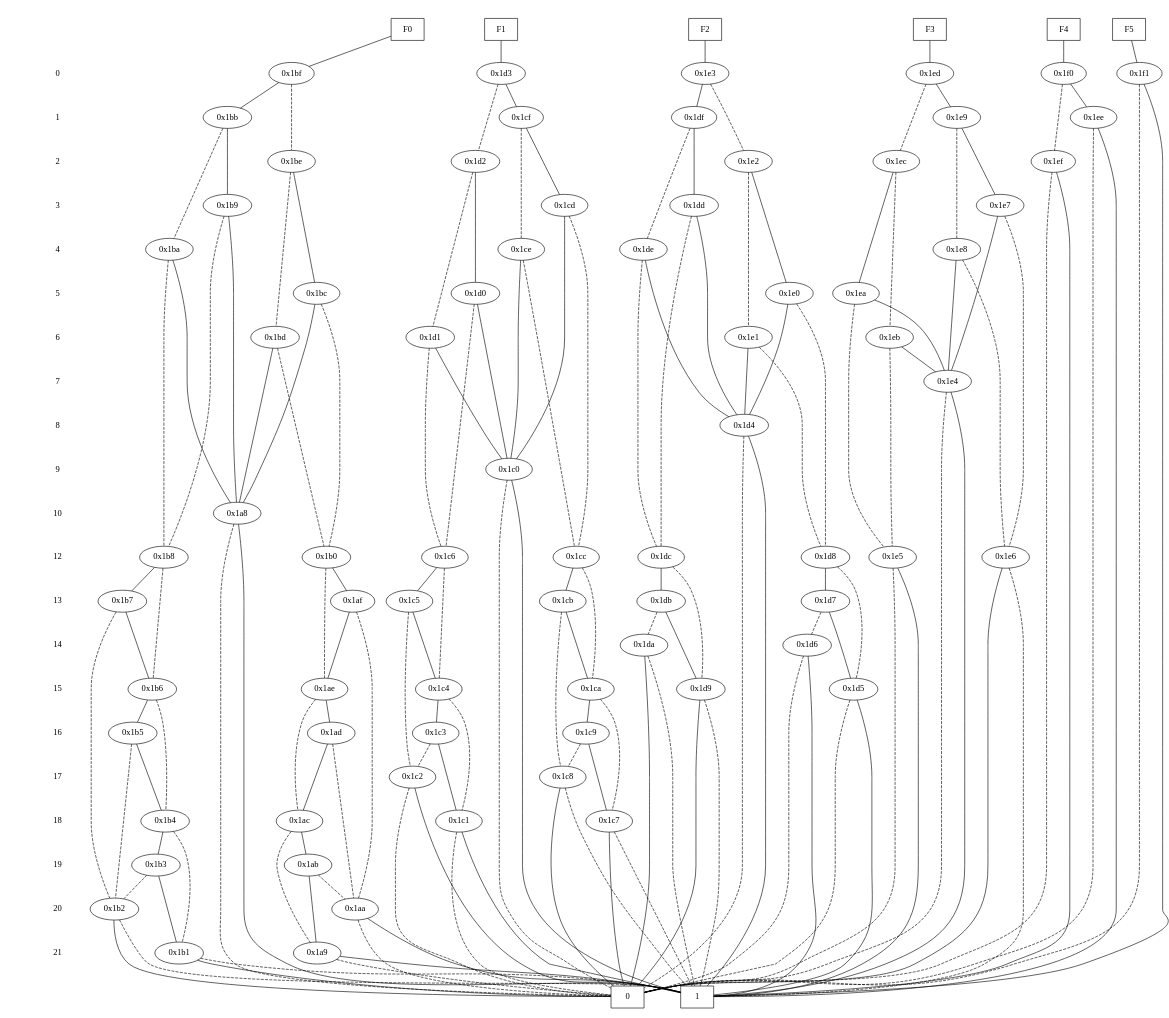
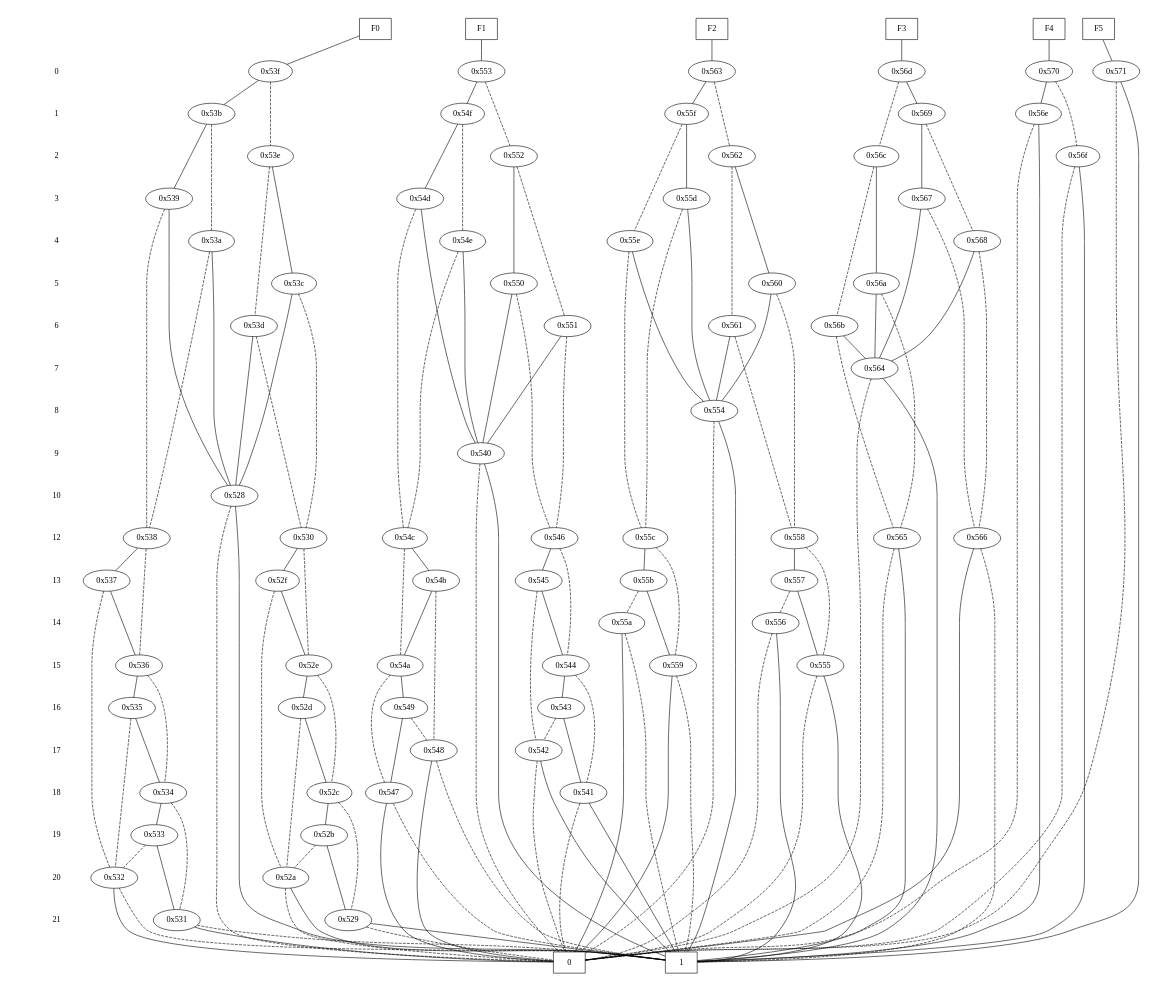
Before and after one commit to Tractables/Dice.jl: the diagram in gaussian_3_4.dot, drawn with Graphviz. The commit also changed 118 other files, not shown here.

```diff
--- a/gaussian_3_4.dot
+++ b/gaussian_3_4.dot
@@ -10,280 +10,280 @@
 { rank = same; node [shape = box]; edge [style = invis];
 "F0" -> "F1" -> "F2" -> "F3" -> "F4" -> "F5"; }
 { rank = same; " 0 ";
-"0x1bf";
-"0x1f1";
-"0x1f0";
-"0x1e3";
-"0x1ed";
-"0x1d3";
+"0x56d";
+"0x553";
+"0x53f";
+"0x571";
+"0x570";
+"0x563";
 }
 { rank = same; " 1 ";
-"0x1bb";
-"0x1df";
-"0x1ee";
-"0x1e9";
-"0x1cf";
+"0x54f";
+"0x53b";
+"0x55f";
+"0x56e";
+"0x569";
 }
 { rank = same; " 2 ";
-"0x1ec";
-"0x1ef";
-"0x1d2";
-"0x1be";
-"0x1e2";
+"0x562";
+"0x56c";
+"0x56f";
+"0x552";
+"0x53e";
 }
 { rank = same; " 3 ";
-"0x1e7";
-"0x1cd";
-"0x1b9";
-"0x1dd";
+"0x55d";
+"0x567";
+"0x54d";
+"0x539";
 }
 { rank = same; " 4 ";
-"0x1e8";
-"0x1ce";
-"0x1ba";
-"0x1de";
+"0x55e";
+"0x568";
+"0x54e";
+"0x53a";
 }
 { rank = same; " 5 ";
-"0x1d0";
-"0x1ea";
-"0x1bc";
-"0x1e0";
+"0x550";
+"0x56a";
+"0x53c";
+"0x560";
 }
 { rank = same; " 6 ";
-"0x1d1";
-"0x1eb";
-"0x1bd";
-"0x1e1";
+"0x551";
+"0x56b";
+"0x53d";
+"0x561";
 }
 { rank = same; " 7 ";
-"0x1e4";
+"0x564";
 }
 { rank = same; " 8 ";
-"0x1d4";
+"0x554";
 }
 { rank = same; " 9 ";
-"0x1c0";
+"0x540";
 }
 { rank = same; " 10 ";
-"0x1a8";
+"0x528";
 }
 { rank = same; " 12 ";
-"0x1b8";
-"0x1d8";
-"0x1dc";
-"0x1e5";
-"0x1c6";
-"0x1cc";
-"0x1b0";
-"0x1e6";
+"0x566";
+"0x538";
+"0x558";
+"0x55c";
+"0x565";
+"0x546";
+"0x54c";
+"0x530";
 }
 { rank = same; " 13 ";
-"0x1d7";
-"0x1af";
-"0x1cb";
-"0x1db";
-"0x1b7";
-"0x1c5";
+"0x545";
+"0x557";
+"0x52f";
+"0x54b";
+"0x55b";
+"0x537";
 }
 { rank = same; " 14 ";
-"0x1d6";
-"0x1da";
+"0x55a";
+"0x556";
 }
 { rank = same; " 15 ";
-"0x1d5";
-"0x1c4";
-"0x1ca";
-"0x1ae";
-"0x1d9";
-"0x1b6";
+"0x559";
+"0x536";
+"0x555";
+"0x544";
+"0x54a";
+"0x52e";
 }
 { rank = same; " 16 ";
-"0x1ad";
-"0x1b5";
-"0x1c3";
-"0x1c9";
+"0x52d";
+"0x535";
+"0x543";
+"0x549";
 }
 { rank = same; " 17 ";
-"0x1c2";
-"0x1c8";
+"0x548";
+"0x542";
 }
 { rank = same; " 18 ";
-"0x1c1";
-"0x1ac";
-"0x1b4";
-"0x1c7";
+"0x534";
+"0x547";
+"0x541";
+"0x52c";
 }
 { rank = same; " 19 ";
-"0x1ab";
-"0x1b3";
+"0x533";
+"0x52b";
 }
 { rank = same; " 20 ";
-"0x1aa";
-"0x1b2";
+"0x532";
+"0x52a";
 }
 { rank = same; " 21 ";
-"0x1a9";
-"0x1b1";
+"0x531";
+"0x529";
 }
 { rank = same; "CONST NODES";
-{ node [shape = box]; "0x12e";
-"0x12d";
+{ node [shape = box]; "0x4ae";
+"0x4ad";
 }
 }
-"F0" -> "0x1bf" [style = solid];
-"F1" -> "0x1d3" [style = solid];
-"F2" -> "0x1e3" [style = solid];
-"F3" -> "0x1ed" [style = solid];
-"F4" -> "0x1f0" [style = solid];
-"F5" -> "0x1f1" [style = solid];
-"0x1bf" -> "0x1bb";
-"0x1bf" -> "0x1be" [style = dashed];
-"0x1f1" -> "0x12d";
-"0x1f1" -> "0x12e" [style = dashed];
-"0x1f0" -> "0x1ee";
-"0x1f0" -> "0x1ef" [style = dashed];
-"0x1e3" -> "0x1df";
-"0x1e3" -> "0x1e2" [style = dashed];
-"0x1ed" -> "0x1e9";
-"0x1ed" -> "0x1ec" [style = dashed];
-"0x1d3" -> "0x1cf";
-"0x1d3" -> "0x1d2" [style = dashed];
-"0x1bb" -> "0x1b9";
-"0x1bb" -> "0x1ba" [style = dashed];
-"0x1df" -> "0x1dd";
-"0x1df" -> "0x1de" [style = dashed];
-"0x1ee" -> "0x12d";
-"0x1ee" -> "0x12e" [style = dashed];
-"0x1e9" -> "0x1e7";
-"0x1e9" -> "0x1e8" [style = dashed];
-"0x1cf" -> "0x1cd";
-"0x1cf" -> "0x1ce" [style = dashed];
-"0x1ec" -> "0x1ea";
-"0x1ec" -> "0x1eb" [style = dashed];
-"0x1ef" -> "0x12d";
-"0x1ef" -> "0x12e" [style = dashed];
-"0x1d2" -> "0x1d0";
-"0x1d2" -> "0x1d1" [style = dashed];
-"0x1be" -> "0x1bc";
-"0x1be" -> "0x1bd" [style = dashed];
-"0x1e2" -> "0x1e0";
-"0x1e2" -> "0x1e1" [style = dashed];
-"0x1e7" -> "0x1e4";
-"0x1e7" -> "0x1e6" [style = dashed];
-"0x1cd" -> "0x1c0";
-"0x1cd" -> "0x1cc" [style = dashed];
-"0x1b9" -> "0x1a8";
-"0x1b9" -> "0x1b8" [style = dashed];
-"0x1dd" -> "0x1d4";
-"0x1dd" -> "0x1dc" [style = dashed];
-"0x1e8" -> "0x1e4";
-"0x1e8" -> "0x1e6" [style = dashed];
-"0x1ce" -> "0x1c0";
-"0x1ce" -> "0x1cc" [style = dashed];
-"0x1ba" -> "0x1a8";
-"0x1ba" -> "0x1b8" [style = dashed];
-"0x1de" -> "0x1d4";
-"0x1de" -> "0x1dc" [style = dashed];
-"0x1d0" -> "0x1c0";
-"0x1d0" -> "0x1c6" [style = dashed];
-"0x1ea" -> "0x1e4";
-"0x1ea" -> "0x1e5" [style = dashed];
-"0x1bc" -> "0x1a8";
-"0x1bc" -> "0x1b0" [style = dashed];
-"0x1e0" -> "0x1d4";
-"0x1e0" -> "0x1d8" [style = dashed];
-"0x1d1" -> "0x1c0";
-"0x1d1" -> "0x1c6" [style = dashed];
-"0x1eb" -> "0x1e4";
-"0x1eb" -> "0x1e5" [style = dashed];
-"0x1bd" -> "0x1a8";
-"0x1bd" -> "0x1b0" [style = dashed];
-"0x1e1" -> "0x1d4";
-"0x1e1" -> "0x1d8" [style = dashed];
-"0x1e4" -> "0x12d";
-"0x1e4" -> "0x12e" [style = dashed];
-"0x1d4" -> "0x12d";
-"0x1d4" -> "0x12e" [style = dashed];
-"0x1c0" -> "0x12d";
-"0x1c0" -> "0x12e" [style = dashed];
-"0x1a8" -> "0x12d";
-"0x1a8" -> "0x12e" [style = dashed];
-"0x1b8" -> "0x1b7";
-"0x1b8" -> "0x1b6" [style = dashed];
-"0x1d8" -> "0x1d7";
-"0x1d8" -> "0x1d5" [style = dashed];
-"0x1dc" -> "0x1db";
-"0x1dc" -> "0x1d9" [style = dashed];
-"0x1e5" -> "0x12d";
-"0x1e5" -> "0x12e" [style = dashed];
-"0x1c6" -> "0x1c5";
-"0x1c6" -> "0x1c4" [style = dashed];
-"0x1cc" -> "0x1cb";
-"0x1cc" -> "0x1ca" [style = dashed];
-"0x1b0" -> "0x1af";
-"0x1b0" -> "0x1ae" [style = dashed];
-"0x1e6" -> "0x12e";
-"0x1e6" -> "0x12d" [style = dashed];
-"0x1d7" -> "0x1d5";
-"0x1d7" -> "0x1d6" [style = dashed];
-"0x1af" -> "0x1ae";
-"0x1af" -> "0x1aa" [style = dashed];
-"0x1cb" -> "0x1ca";
-"0x1cb" -> "0x1c8" [style = dashed];
-"0x1db" -> "0x1d9";
-"0x1db" -> "0x1da" [style = dashed];
-"0x1b7" -> "0x1b6";
-"0x1b7" -> "0x1b2" [style = dashed];
-"0x1c5" -> "0x1c4";
-"0x1c5" -> "0x1c2" [style = dashed];
-"0x1d6" -> "0x12d";
-"0x1d6" -> "0x12e" [style = dashed];
-"0x1da" -> "0x12e";
-"0x1da" -> "0x12d" [style = dashed];
-"0x1d5" -> "0x12d";
-"0x1d5" -> "0x12e" [style = dashed];
-"0x1c4" -> "0x1c3";
-"0x1c4" -> "0x1c1" [style = dashed];
-"0x1ca" -> "0x1c9";
-"0x1ca" -> "0x1c7" [style = dashed];
-"0x1ae" -> "0x1ad";
-"0x1ae" -> "0x1ac" [style = dashed];
-"0x1d9" -> "0x12e";
-"0x1d9" -> "0x12d" [style = dashed];
-"0x1b6" -> "0x1b5";
-"0x1b6" -> "0x1b4" [style = dashed];
-"0x1ad" -> "0x1ac";
-"0x1ad" -> "0x1aa" [style = dashed];
-"0x1b5" -> "0x1b4";
-"0x1b5" -> "0x1b2" [style = dashed];
-"0x1c3" -> "0x1c1";
-"0x1c3" -> "0x1c2" [style = dashed];
-"0x1c9" -> "0x1c7";
-"0x1c9" -> "0x1c8" [style = dashed];
-"0x1c2" -> "0x12d";
-"0x1c2" -> "0x12e" [style = dashed];
-"0x1c8" -> "0x12e";
-"0x1c8" -> "0x12d" [style = dashed];
-"0x1c1" -> "0x12d";
-"0x1c1" -> "0x12e" [style = dashed];
-"0x1ac" -> "0x1ab";
-"0x1ac" -> "0x1a9" [style = dashed];
-"0x1b4" -> "0x1b3";
-"0x1b4" -> "0x1b1" [style = dashed];
-"0x1c7" -> "0x12e";
-"0x1c7" -> "0x12d" [style = dashed];
-"0x1ab" -> "0x1a9";
-"0x1ab" -> "0x1aa" [style = dashed];
-"0x1b3" -> "0x1b1";
-"0x1b3" -> "0x1b2" [style = dashed];
-"0x1aa" -> "0x12d";
-"0x1aa" -> "0x12e" [style = dashed];
-"0x1b2" -> "0x12e";
-"0x1b2" -> "0x12d" [style = dashed];
-"0x1a9" -> "0x12d";
-"0x1a9" -> "0x12e" [style = dashed];
-"0x1b1" -> "0x12e";
-"0x1b1" -> "0x12d" [style = dashed];
-"0x12e" [label = "0"];
-"0x12d" [label = "1"];
+"F0" -> "0x53f" [style = solid];
+"F1" -> "0x553" [style = solid];
+"F2" -> "0x563" [style = solid];
+"F3" -> "0x56d" [style = solid];
+"F4" -> "0x570" [style = solid];
+"F5" -> "0x571" [style = solid];
+"0x56d" -> "0x569";
+"0x56d" -> "0x56c" [style = dashed];
+"0x553" -> "0x54f";
+"0x553" -> "0x552" [style = dashed];
+"0x53f" -> "0x53b";
+"0x53f" -> "0x53e" [style = dashed];
+"0x571" -> "0x4ad";
+"0x571" -> "0x4ae" [style = dashed];
+"0x570" -> "0x56e";
+"0x570" -> "0x56f" [style = dashed];
+"0x563" -> "0x55f";
+"0x563" -> "0x562" [style = dashed];
+"0x54f" -> "0x54d";
+"0x54f" -> "0x54e" [style = dashed];
+"0x53b" -> "0x539";
+"0x53b" -> "0x53a" [style = dashed];
+"0x55f" -> "0x55d";
+"0x55f" -> "0x55e" [style = dashed];
+"0x56e" -> "0x4ad";
+"0x56e" -> "0x4ae" [style = dashed];
+"0x569" -> "0x567";
+"0x569" -> "0x568" [style = dashed];
+"0x562" -> "0x560";
+"0x562" -> "0x561" [style = dashed];
+"0x56c" -> "0x56a";
+"0x56c" -> "0x56b" [style = dashed];
+"0x56f" -> "0x4ad";
+"0x56f" -> "0x4ae" [style = dashed];
+"0x552" -> "0x550";
+"0x552" -> "0x551" [style = dashed];
+"0x53e" -> "0x53c";
+"0x53e" -> "0x53d" [style = dashed];
+"0x55d" -> "0x554";
+"0x55d" -> "0x55c" [style = dashed];
+"0x567" -> "0x564";
+"0x567" -> "0x566" [style = dashed];
+"0x54d" -> "0x540";
+"0x54d" -> "0x54c" [style = dashed];
+"0x539" -> "0x528";
+"0x539" -> "0x538" [style = dashed];
+"0x55e" -> "0x554";
+"0x55e" -> "0x55c" [style = dashed];
+"0x568" -> "0x564";
+"0x568" -> "0x566" [style = dashed];
+"0x54e" -> "0x540";
+"0x54e" -> "0x54c" [style = dashed];
+"0x53a" -> "0x528";
+"0x53a" -> "0x538" [style = dashed];
+"0x550" -> "0x540";
+"0x550" -> "0x546" [style = dashed];
+"0x56a" -> "0x564";
+"0x56a" -> "0x565" [style = dashed];
+"0x53c" -> "0x528";
+"0x53c" -> "0x530" [style = dashed];
+"0x560" -> "0x554";
+"0x560" -> "0x558" [style = dashed];
+"0x551" -> "0x540";
+"0x551" -> "0x546" [style = dashed];
+"0x56b" -> "0x564";
+"0x56b" -> "0x565" [style = dashed];
+"0x53d" -> "0x528";
+"0x53d" -> "0x530" [style = dashed];
+"0x561" -> "0x554";
+"0x561" -> "0x558" [style = dashed];
+"0x564" -> "0x4ad";
+"0x564" -> "0x4ae" [style = dashed];
+"0x554" -> "0x4ad";
+"0x554" -> "0x4ae" [style = dashed];
+"0x540" -> "0x4ad";
+"0x540" -> "0x4ae" [style = dashed];
+"0x528" -> "0x4ad";
+"0x528" -> "0x4ae" [style = dashed];
+"0x566" -> "0x4ae";
+"0x566" -> "0x4ad" [style = dashed];
+"0x538" -> "0x537";
+"0x538" -> "0x536" [style = dashed];
+"0x558" -> "0x557";
+"0x558" -> "0x555" [style = dashed];
+"0x55c" -> "0x55b";
+"0x55c" -> "0x559" [style = dashed];
+"0x565" -> "0x4ad";
+"0x565" -> "0x4ae" [style = dashed];
+"0x546" -> "0x545";
+"0x546" -> "0x544" [style = dashed];
+"0x54c" -> "0x54b";
+"0x54c" -> "0x54a" [style = dashed];
+"0x530" -> "0x52f";
+"0x530" -> "0x52e" [style = dashed];
+"0x545" -> "0x544";
+"0x545" -> "0x542" [style = dashed];
+"0x557" -> "0x555";
+"0x557" -> "0x556" [style = dashed];
+"0x52f" -> "0x52e";
+"0x52f" -> "0x52a" [style = dashed];
+"0x54b" -> "0x54a";
+"0x54b" -> "0x548" [style = dashed];
+"0x55b" -> "0x559";
+"0x55b" -> "0x55a" [style = dashed];
+"0x537" -> "0x536";
+"0x537" -> "0x532" [style = dashed];
+"0x55a" -> "0x4ae";
+"0x55a" -> "0x4ad" [style = dashed];
+"0x556" -> "0x4ad";
+"0x556" -> "0x4ae" [style = dashed];
+"0x559" -> "0x4ae";
+"0x559" -> "0x4ad" [style = dashed];
+"0x536" -> "0x535";
+"0x536" -> "0x534" [style = dashed];
+"0x555" -> "0x4ad";
+"0x555" -> "0x4ae" [style = dashed];
+"0x544" -> "0x543";
+"0x544" -> "0x541" [style = dashed];
+"0x54a" -> "0x549";
+"0x54a" -> "0x547" [style = dashed];
+"0x52e" -> "0x52d";
+"0x52e" -> "0x52c" [style = dashed];
+"0x52d" -> "0x52c";
+"0x52d" -> "0x52a" [style = dashed];
+"0x535" -> "0x534";
+"0x535" -> "0x532" [style = dashed];
+"0x543" -> "0x541";
+"0x543" -> "0x542" [style = dashed];
+"0x549" -> "0x547";
+"0x549" -> "0x548" [style = dashed];
+"0x548" -> "0x4ae";
+"0x548" -> "0x4ad" [style = dashed];
+"0x542" -> "0x4ad";
+"0x542" -> "0x4ae" [style = dashed];
+"0x534" -> "0x533";
+"0x534" -> "0x531" [style = dashed];
+"0x547" -> "0x4ae";
+"0x547" -> "0x4ad" [style = dashed];
+"0x541" -> "0x4ad";
+"0x541" -> "0x4ae" [style = dashed];
+"0x52c" -> "0x52b";
+"0x52c" -> "0x529" [style = dashed];
+"0x533" -> "0x531";
+"0x533" -> "0x532" [style = dashed];
+"0x52b" -> "0x529";
+"0x52b" -> "0x52a" [style = dashed];
+"0x532" -> "0x4ae";
+"0x532" -> "0x4ad" [style = dashed];
+"0x52a" -> "0x4ad";
+"0x52a" -> "0x4ae" [style = dashed];
+"0x531" -> "0x4ae";
+"0x531" -> "0x4ad" [style = dashed];
+"0x529" -> "0x4ad";
+"0x529" -> "0x4ae" [style = dashed];
+"0x4ae" [label = "0"];
+"0x4ad" [label = "1"];
 }
```
